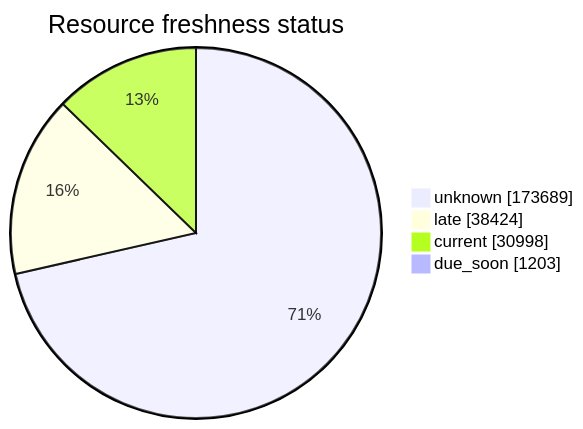
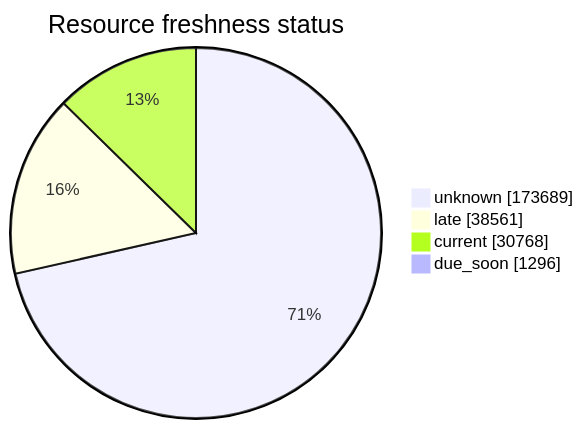
One commit to open-data/analytics-corporate-reporting changed the third of 5 diagrams in FreshCheck/README.md. Above: the diagram before and after it, drawn with Mermaid. The commit also changed other lines of this file and 3 other files, not shown here.

````diff
--- a/FreshCheck/README.md
+++ b/FreshCheck/README.md
@@ -77,7 +77,7 @@
 ```mermaid
 pie showData title Resource freshness status
     "unknown": 173689
-    "late": 38424
-    "current": 30998
-    "due_soon": 1203
+    "late": 38561
+    "current": 30768
+    "due_soon": 1296
 ```
````
